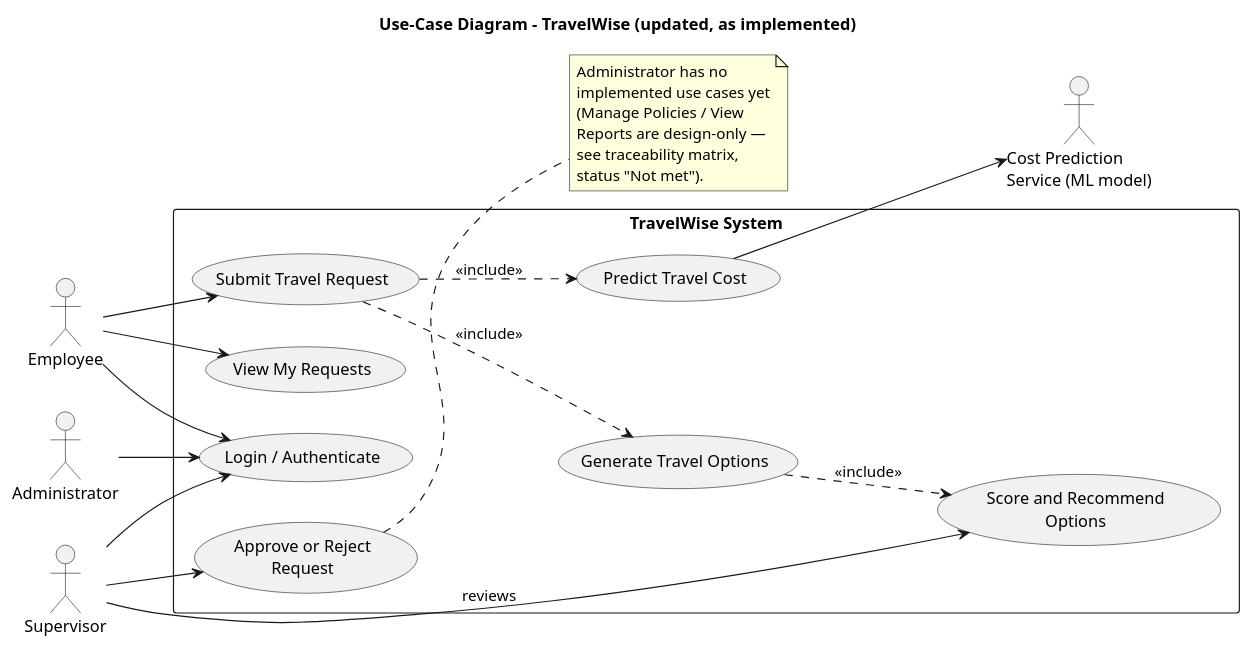
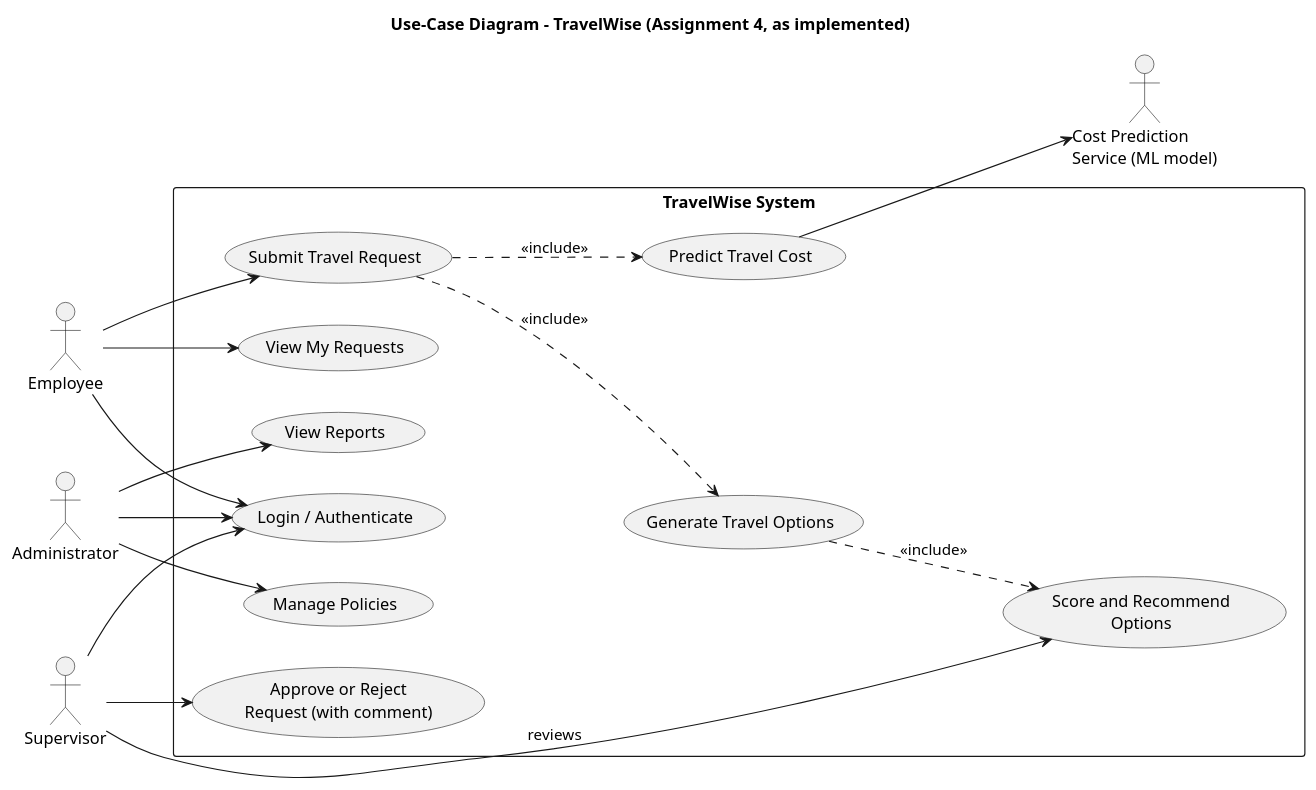
The diagram in Assignments/tools/diagrams/usecase.puml (KeamogetseM/travelwise), drawn with PlantUML before and after one commit. The commit also changed 8 other files, not shown here.

First line of the commit message:
Add Assignment 4 report and update diagrams to current reality

```diff
--- a/Assignments/tools/diagrams/usecase.puml
+++ b/Assignments/tools/diagrams/usecase.puml
@@ -1,44 +1,40 @@
 @startuml
-title Use-Case Diagram - TravelWise (updated, as implemented)
+title Use-Case Diagram - TravelWise (Assignment 4, as implemented)
 
 left to right direction
 
 actor Employee
 actor Supervisor
 actor Administrator
 actor "Cost Prediction\nService (ML model)" as ML
 
 rectangle "TravelWise System" {
   usecase "Login / Authenticate" as UC1
   usecase "Submit Travel Request" as UC2
   usecase "Predict Travel Cost" as UC3
   usecase "Generate Travel Options" as UC4
   usecase "Score and Recommend\nOptions" as UC5
-  usecase "Approve or Reject\nRequest" as UC6
+  usecase "Approve or Reject\nRequest (with comment)" as UC6
   usecase "View My Requests" as UC7
+  usecase "Manage Policies" as UC8
+  usecase "View Reports" as UC9
 }
 
 Employee --> UC1
 Supervisor --> UC1
 Administrator --> UC1
 
 Employee --> UC2
 Employee --> UC7
 UC2 ..> UC3 : <<include>>
 UC2 ..> UC4 : <<include>>
 UC4 ..> UC5 : <<include>>
 UC3 --> ML
 
 Supervisor --> UC5 : reviews
 Supervisor --> UC6
 
-note right of UC6
-  Administrator has no
-  implemented use cases yet
-  (Manage Policies / View
-  Reports are design-only —
-  see traceability matrix,
-  status "Not met").
-end note
+Administrator --> UC8
+Administrator --> UC9
 
 @enduml
```
